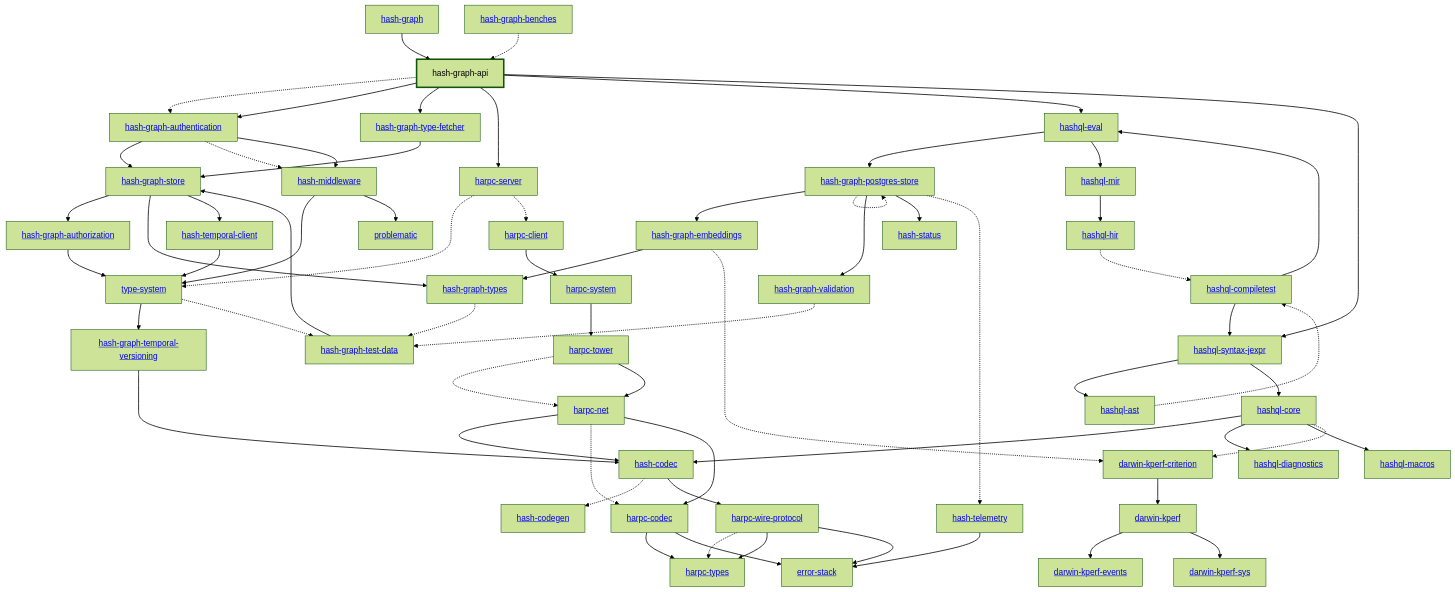
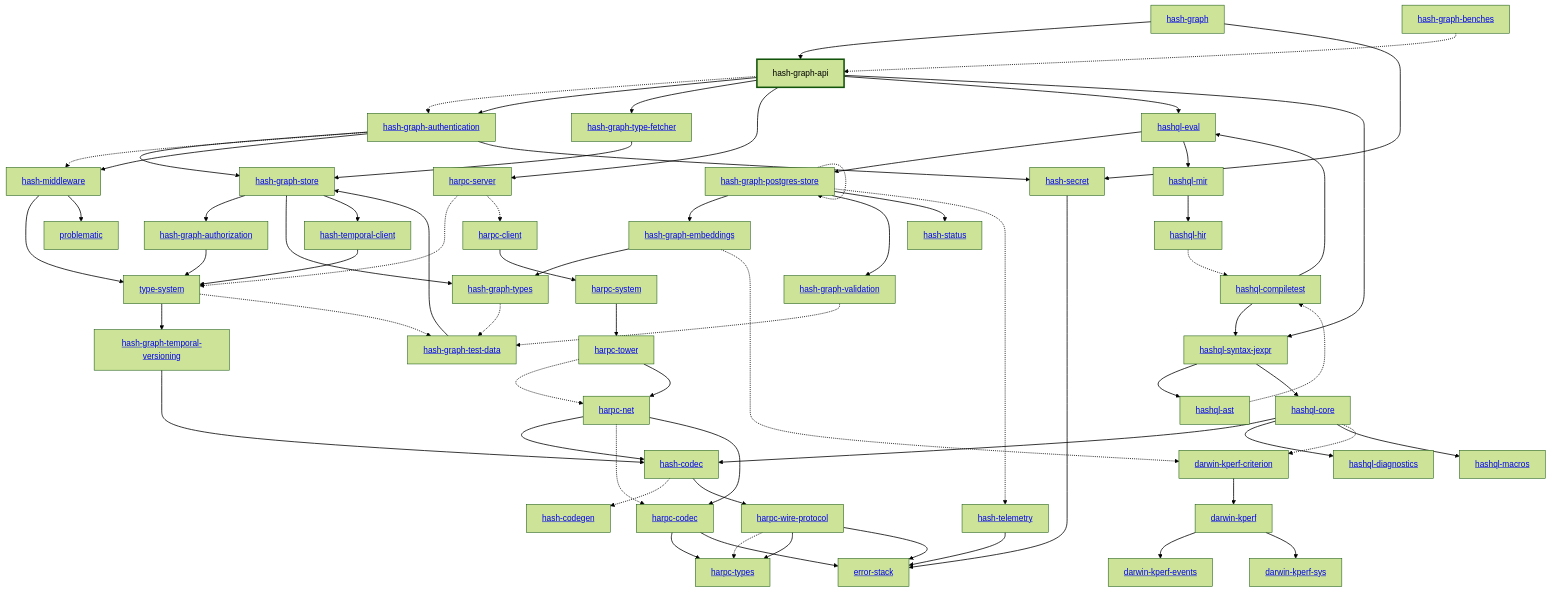
Before and after one commit to hashintel/hash: the diagram in libs/@local/graph/api/docs/dependency-diagram.mmd, drawn with Mermaid (forest theme). The commit also changed 18 other files, not shown here.

```diff
--- a/libs/@local/graph/api/docs/dependency-diagram.mmd
+++ b/libs/@local/graph/api/docs/dependency-diagram.mmd
@@ -1,119 +1,123 @@
 graph TD
     linkStyle default stroke-width:1.5px
     classDef default stroke-width:1px
     classDef root stroke-width:3px
     classDef dev stroke-width:1px
     classDef build stroke-width:1px
     %% Legend
     %% --> : Normal dependency
     %% -.-> : Dev dependency
     %% ---> : Build dependency
     0[<a href="../hash_graph/index.html">hash-graph</a>]
     1[<a href="../type_system/index.html">type-system</a>]
     2[<a href="../hash_codec/index.html">hash-codec</a>]
     3[<a href="../hash_codegen/index.html">hash-codegen</a>]
     4[hash-graph-api]
     class 4 root
     5[<a href="../hash_graph_authentication/index.html">hash-graph-authentication</a>]
     6[<a href="../hash_graph_authorization/index.html">hash-graph-authorization</a>]
     7[<a href="../hash_graph_embeddings/index.html">hash-graph-embeddings</a>]
     8[<a href="../hash_graph_postgres_store/index.html">hash-graph-postgres-store</a>]
     9[<a href="../hash_graph_store/index.html">hash-graph-store</a>]
     10[<a href="../hash_graph_temporal_versioning/index.html">hash-graph-temporal-versioning</a>]
     11[<a href="../hash_graph_type_fetcher/index.html">hash-graph-type-fetcher</a>]
     12[<a href="../hash_graph_types/index.html">hash-graph-types</a>]
     13[<a href="../hash_graph_validation/index.html">hash-graph-validation</a>]
     14[<a href="../harpc_client/index.html">harpc-client</a>]
     15[<a href="../harpc_codec/index.html">harpc-codec</a>]
     16[<a href="../harpc_net/index.html">harpc-net</a>]
     17[<a href="../harpc_server/index.html">harpc-server</a>]
     18[<a href="../harpc_system/index.html">harpc-system</a>]
     19[<a href="../harpc_tower/index.html">harpc-tower</a>]
     20[<a href="../harpc_types/index.html">harpc-types</a>]
     21[<a href="../harpc_wire_protocol/index.html">harpc-wire-protocol</a>]
     22[<a href="../hashql_ast/index.html">hashql-ast</a>]
     23[<a href="../hashql_compiletest/index.html">hashql-compiletest</a>]
     24[<a href="../hashql_core/index.html">hashql-core</a>]
     25[<a href="../hashql_diagnostics/index.html">hashql-diagnostics</a>]
     26[<a href="../hashql_eval/index.html">hashql-eval</a>]
     27[<a href="../hashql_hir/index.html">hashql-hir</a>]
     28[<a href="../hashql_macros/index.html">hashql-macros</a>]
     29[<a href="../hashql_mir/index.html">hashql-mir</a>]
     30[<a href="../hashql_syntax_jexpr/index.html">hashql-syntax-jexpr</a>]
     31[<a href="../hash_middleware/index.html">hash-middleware</a>]
-    32[<a href="../hash_status/index.html">hash-status</a>]
-    33[<a href="../hash_telemetry/index.html">hash-telemetry</a>]
-    34[<a href="../hash_temporal_client/index.html">hash-temporal-client</a>]
-    35[<a href="../darwin_kperf/index.html">darwin-kperf</a>]
-    36[<a href="../darwin_kperf_criterion/index.html">darwin-kperf-criterion</a>]
-    37[<a href="../darwin_kperf_events/index.html">darwin-kperf-events</a>]
-    38[<a href="../darwin_kperf_sys/index.html">darwin-kperf-sys</a>]
-    39[<a href="../error_stack/index.html">error-stack</a>]
-    40[<a href="../problematic/index.html">problematic</a>]
-    41[<a href="../hash_graph_benches/index.html">hash-graph-benches</a>]
-    42[<a href="../hash_graph_test_data/index.html">hash-graph-test-data</a>]
+    32[<a href="../hash_secret/index.html">hash-secret</a>]
+    33[<a href="../hash_status/index.html">hash-status</a>]
+    34[<a href="../hash_telemetry/index.html">hash-telemetry</a>]
+    35[<a href="../hash_temporal_client/index.html">hash-temporal-client</a>]
+    36[<a href="../darwin_kperf/index.html">darwin-kperf</a>]
+    37[<a href="../darwin_kperf_criterion/index.html">darwin-kperf-criterion</a>]
+    38[<a href="../darwin_kperf_events/index.html">darwin-kperf-events</a>]
+    39[<a href="../darwin_kperf_sys/index.html">darwin-kperf-sys</a>]
+    40[<a href="../error_stack/index.html">error-stack</a>]
+    41[<a href="../problematic/index.html">problematic</a>]
+    42[<a href="../hash_graph_benches/index.html">hash-graph-benches</a>]
+    43[<a href="../hash_graph_test_data/index.html">hash-graph-test-data</a>]
     0 --> 4
+    0 --> 32
     1 --> 10
-    1 -.-> 42
+    1 -.-> 43
     2 -.-> 3
     2 --> 21
     4 -.-> 5
     4 --> 5
     4 --> 11
     4 --> 17
     4 --> 26
     4 --> 30
     5 --> 9
     5 -.-> 31
     5 --> 31
+    5 --> 32
     6 --> 1
     7 --> 12
-    7 -.-> 36
+    7 -.-> 37
     8 --> 7
     8 -.-> 8
     8 --> 13
-    8 --> 32
-    8 -.-> 33
+    8 --> 33
+    8 -.-> 34
     9 --> 6
     9 --> 12
-    9 --> 34
+    9 --> 35
     10 --> 2
     11 --> 9
-    12 -.-> 42
-    13 -.-> 42
+    12 -.-> 43
+    13 -.-> 43
     14 --> 18
     15 --> 20
-    15 --> 39
+    15 --> 40
     16 --> 2
     16 -.-> 15
     16 --> 15
     17 -.-> 1
     17 -.-> 14
     18 --> 19
     19 -.-> 16
     19 --> 16
     21 -.-> 20
     21 --> 20
-    21 --> 39
+    21 --> 40
     22 -.-> 23
     23 --> 26
     23 --> 30
     24 --> 2
     24 --> 25
     24 --> 28
-    24 -.-> 36
+    24 -.-> 37
     26 --> 8
     26 --> 29
     27 -.-> 23
     29 --> 27
     30 --> 22
     30 --> 24
     31 --> 1
-    31 --> 40
-    33 --> 39
-    34 --> 1
-    35 --> 37
-    35 --> 38
-    36 --> 35
-    41 -.-> 4
-    42 --> 9
+    31 --> 41
+    32 --> 40
+    34 --> 40
+    35 --> 1
+    36 --> 38
+    36 --> 39
+    37 --> 36
+    42 -.-> 4
+    43 --> 9
```
